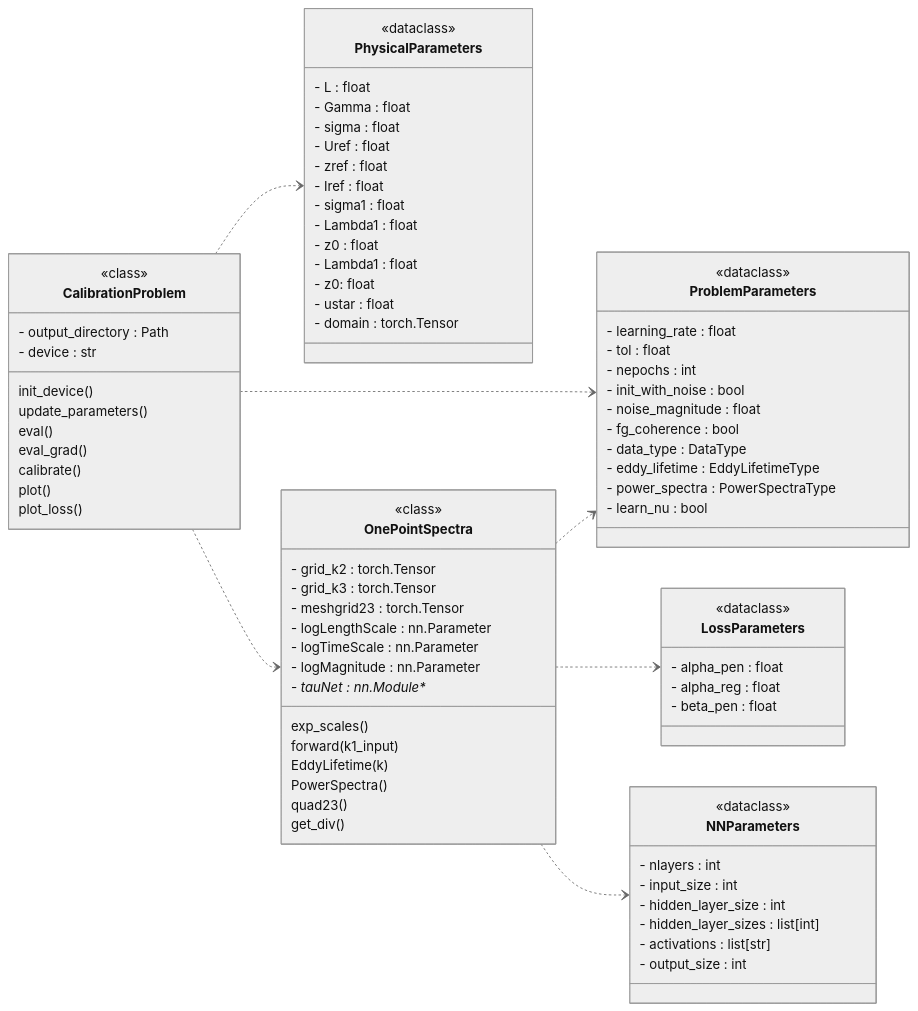
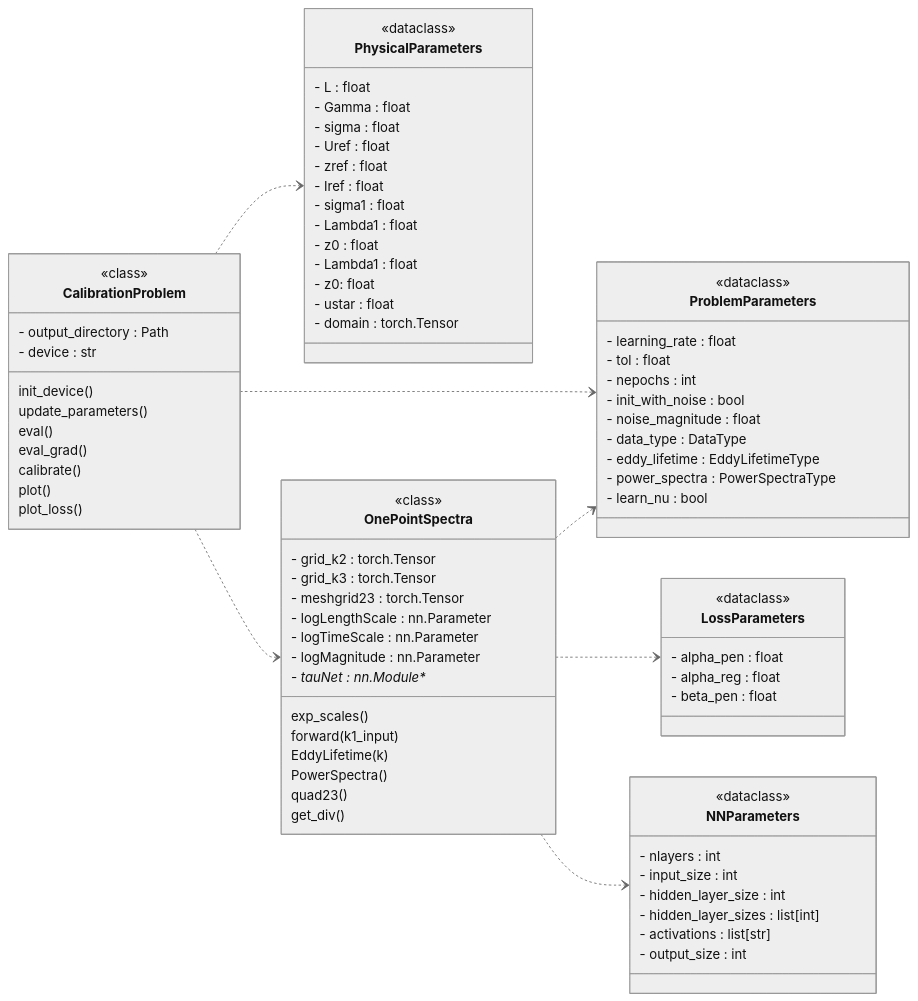
The diagram in docs/source/uml_drd.rst (METHODS-Group/DRDMannTurb), drawn with Mermaid (neutral theme) before and after one commit. The commit also changed 4 other files, not shown here.

```diff
--- a/docs/source/uml_drd.rst
+++ b/docs/source/uml_drd.rst
@@ -40,7 +40,6 @@
             - nepochs : int 
             - init_with_noise : bool 
             - noise_magnitude : float
-            - fg_coherence : bool 
             - data_type : DataType
             - eddy_lifetime : EddyLifetimeType 
             - power_spectra : PowerSpectraType 
```
